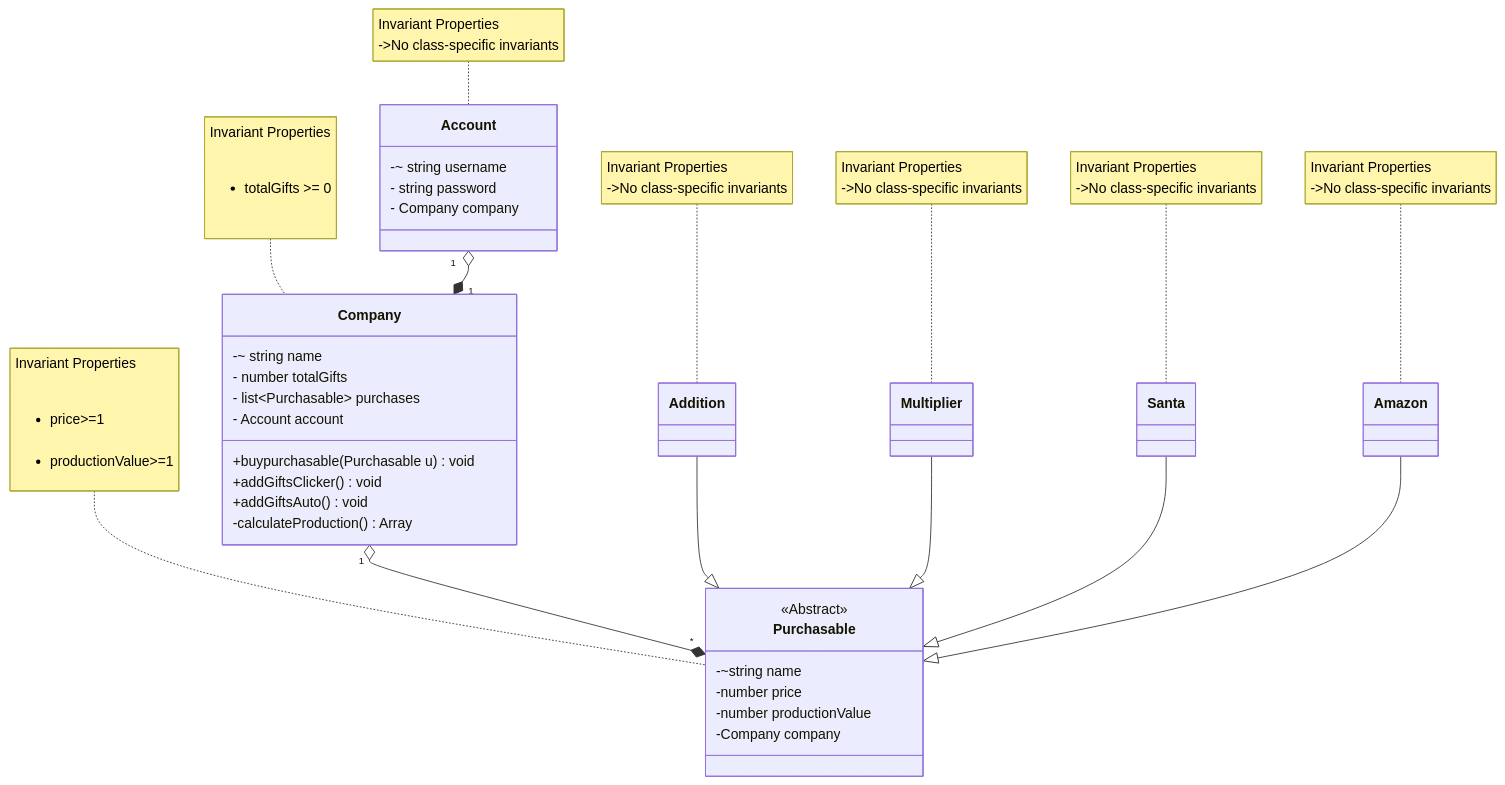
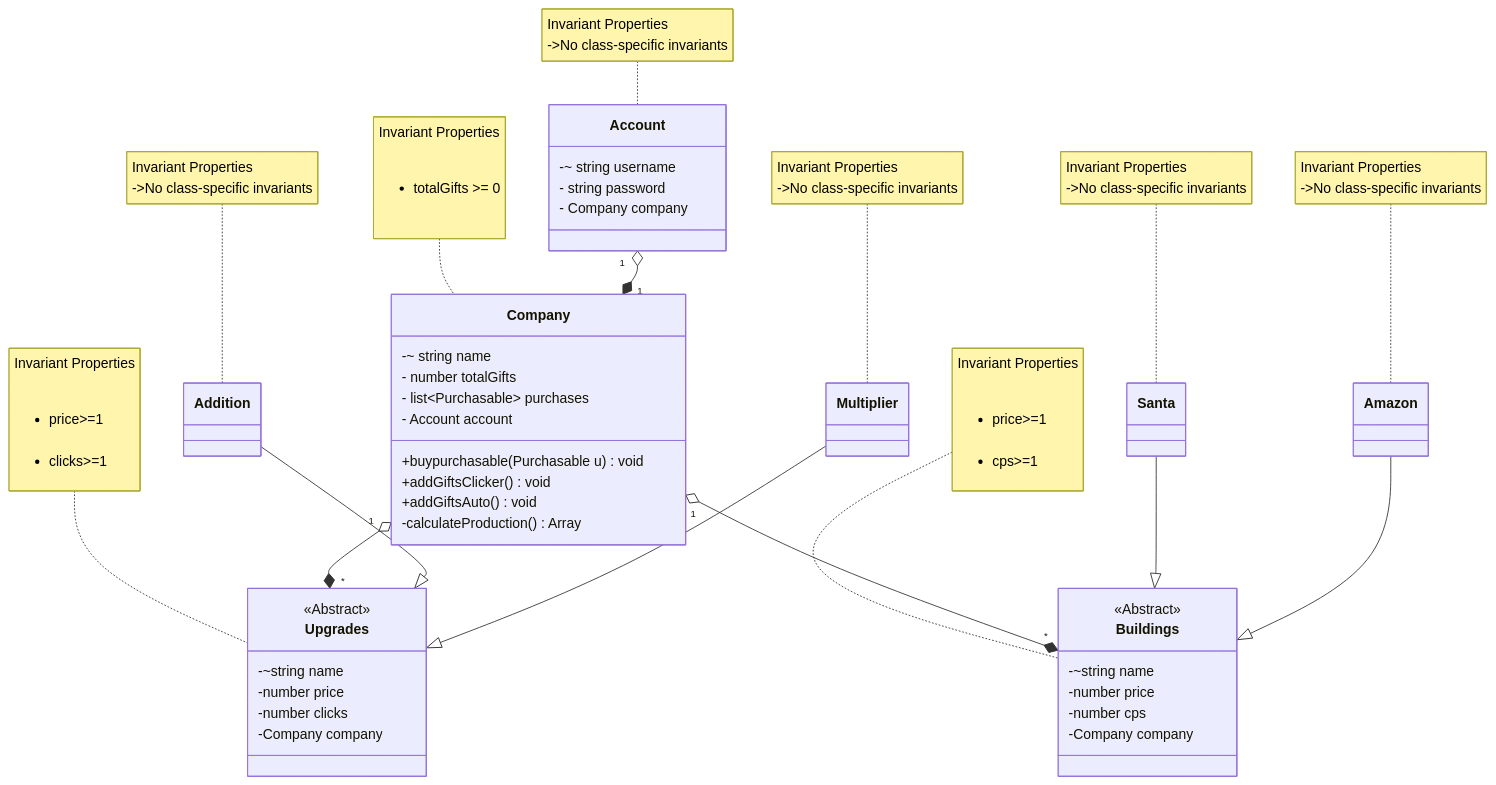
One commit to umangmehta0007/Clicker changed the diagram in domain.md. Above: the diagram before and after it, drawn with Mermaid. The commit also changed other lines of this file and 17 other files, not shown here.

````diff
--- a/domain.md
+++ b/domain.md
@@ -38,20 +38,38 @@
         -calculateProduction() Array<number>
         
     }
-    note for Purchasable "Invariant Properties
+
+    note for Upgrades "Invariant Properties
              <ul> 
                 <li>price>=1</li>
-                <li>productionValue>=1</li>
+                <li>clicks>=1</li>
+
+            </ul>
+        "
+
+    class Upgrades{
+        <<Abstract>>
+
+        -~string name
+        -number price
+        -number clicks
+        -Company company
+    }
+
+    note for Buildings "Invariant Properties
+             <ul> 
+                <li>price>=1</li>
+                <li>cps>=1</li>
 
             </ul>
         "
         
-    class Purchasable{
+    class Buildings{
         <<Abstract>>
         
         -~string name
         -number price
-        -number productionValue
+        -number cps
         -Company company
     }
 
@@ -82,13 +100,15 @@
     class Amazon{
     }
     
-    Company "1" o--* "*" Purchasable
+    Company "1" o--* "*" Upgrades
+    Company "1" o--* "*" Buildings
+
     Account "1" o--*"1" Company
 
 
-    Addition--|>Purchasable
-    Multiplier--|>Purchasable
-    Santa--|>Purchasable
-    Amazon--|>Purchasable
+    Addition--|>Upgrades
+    Multiplier--|>Upgrades
+    Santa--|>Buildings
+    Amazon--|>Buildings
     
 ```
````
